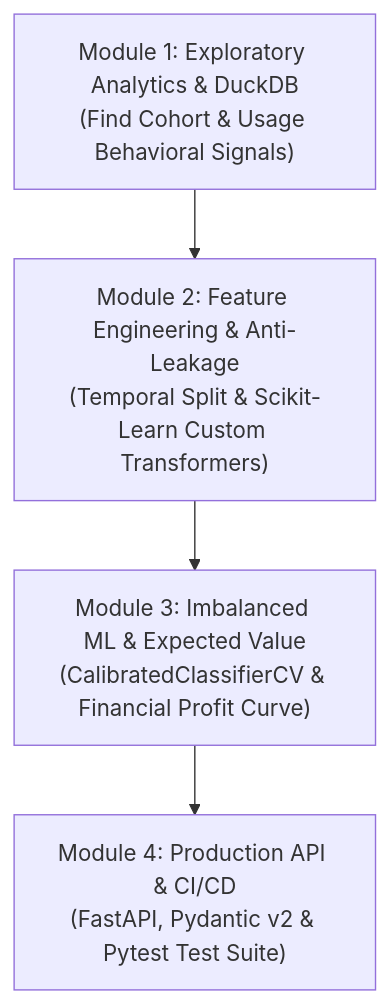
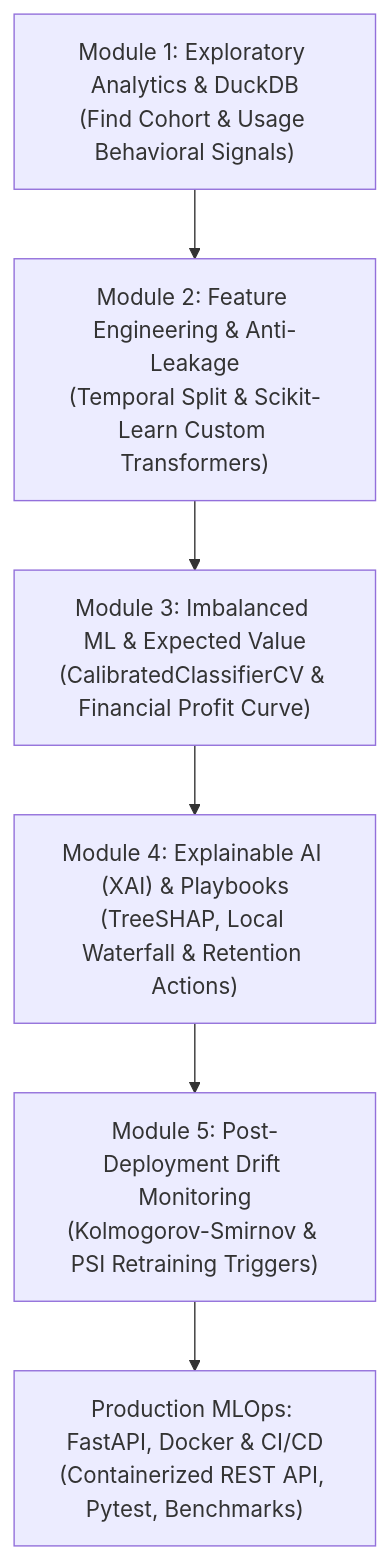
One commit to karidasd/applied-ds-ml-curriculum changed the diagram in docs/STUDENT_GUIDE.md. Above: the diagram before and after it, drawn with Mermaid. The commit also changed other lines of this file and 16 other files, not shown here.

Commit message:
feat(mlops): add devcontainer, XAI (SHAP), drift monitoring, benchmarks, docker, and enhanced FastAPI

````diff
--- a/docs/STUDENT_GUIDE.md
+++ b/docs/STUDENT_GUIDE.md
@@ -24,6 +24,8 @@
 ```mermaid
 flowchart TD
     M1["Module 1: Exploratory Analytics & DuckDB<br/>(Find Cohort & Usage Behavioral Signals)"] --> M2["Module 2: Feature Engineering & Anti-Leakage<br/>(Temporal Split & Scikit-Learn Custom Transformers)"]
     M2 --> M3["Module 3: Imbalanced ML & Expected Value<br/>(CalibratedClassifierCV & Financial Profit Curve)"]
-    M3 --> M4["Module 4: Production API & CI/CD<br/>(FastAPI, Pydantic v2 & Pytest Test Suite)"]
+    M3 --> M4["Module 4: Explainable AI (XAI) & Playbooks<br/>(TreeSHAP, Local Waterfall & Retention Actions)"]
+    M4 --> M5["Module 5: Post-Deployment Drift Monitoring<br/>(Kolmogorov-Smirnov & PSI Retraining Triggers)"]
+    M5 --> M6["Production MLOps: FastAPI, Docker & CI/CD<br/>(Containerized REST API, Pytest, Benchmarks)"]
 ```
````
